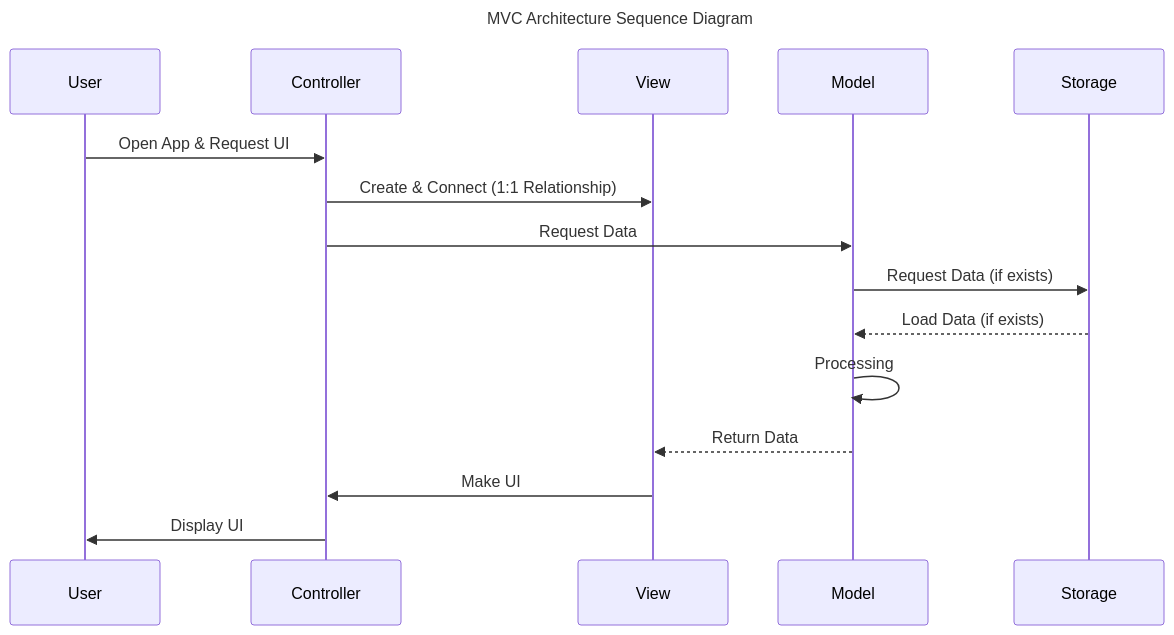
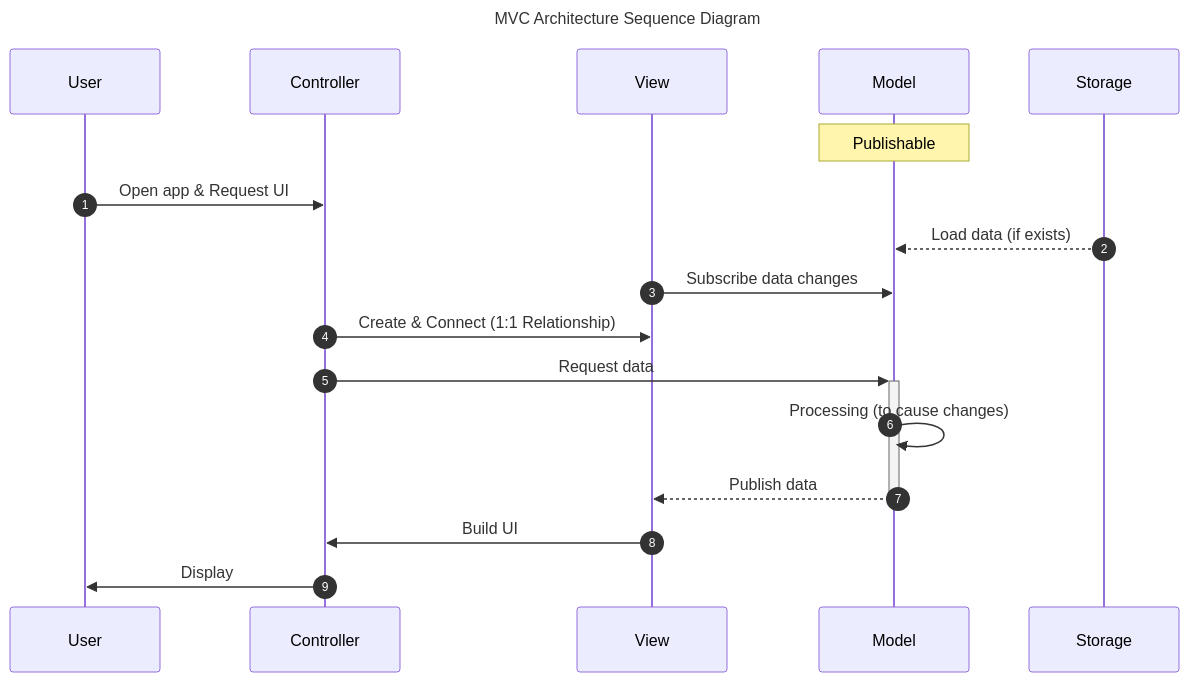
Before and after one commit to nbcamp/to-do-list: the first of 2 diagrams in README.md, drawn with Mermaid. The commit also changed other lines of this file, not shown here.

Commit message:
docs: sequence diagram flow 개선

````diff
--- a/README.md
+++ b/README.md
@@ -125,22 +126,26 @@
 ```mermaid
 ---
 title: MVC Architecture Sequence Diagram
 ---
 sequenceDiagram
 
 participant User
 participant Controller
 participant View
 participant Model
 participant Storage
 
-User->>Controller: Open App & Request UI
+Note over Model: Publishable
+
+autonumber
+
+User->>Controller: Open app & Request UI
+Storage-->>Model: Load data (if exists)
+View->>Model: Subscribe data changes
 Controller->>View: Create & Connect (1:1 Relationship)
-Controller->>Model: Request Data
-Model->>Storage: Request Data (if exists)
-Storage-->>Model: Load Data (if exists)
-Model->>Model: Processing
-Model-->>View: Return Data
-View->>Controller: Make UI
-Controller->>User: Display UI
+Controller->>+Model: Request data
+Model->>Model: Processing (to cause changes)
+Model-->>-View: Publish data
+View->>Controller: Build UI
+Controller->>User: Display
 ```
````
